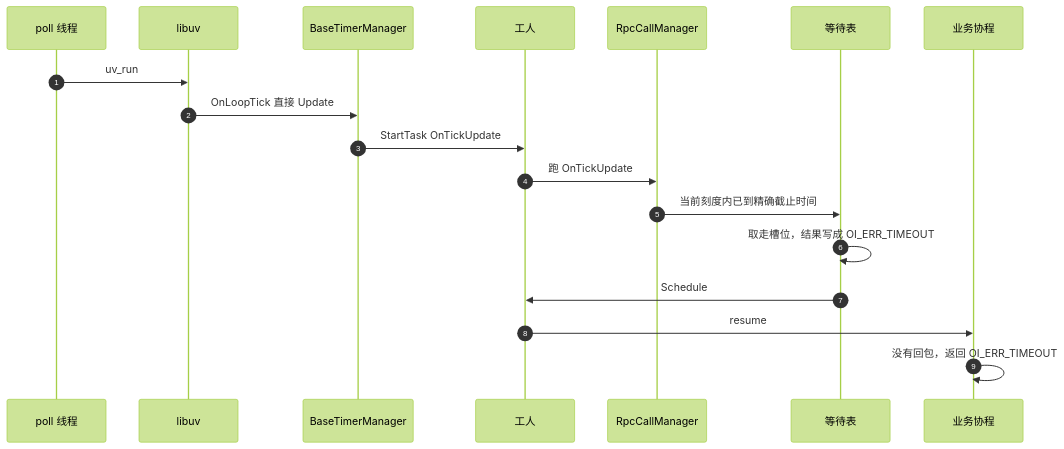
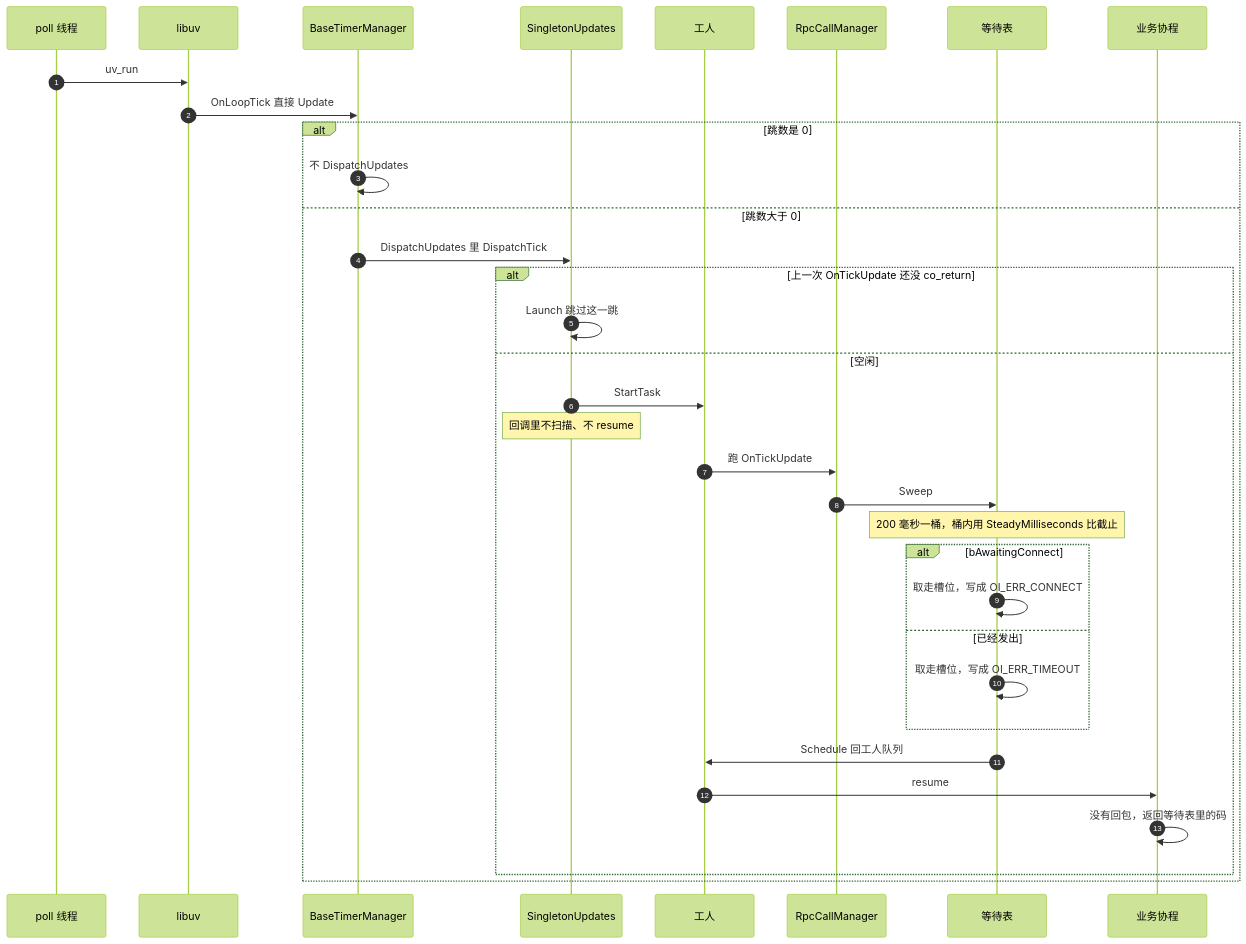
One commit to orikiaru/openidea changed the diagram in docs/sequence-diagram/multi-thread/timeout.md. Above: the diagram before and after it, drawn with Mermaid (forest theme). The commit also changed other lines of this file and 39 other files, not shown here.

Commit message:
非正 RPC 超时打错误日志后按 30 秒等待，避免调用一直挂着。时序图按当前收发和新增路径重写，并记下 11 月 22 日的全量结果。

````diff
--- a/docs/sequence-diagram/multi-thread/timeout.md
+++ b/docs/sequence-diagram/multi-thread/timeout.md
@@ -7,21 +9,37 @@
 ```mermaid
 sequenceDiagram
     autonumber
     participant Poll as poll 线程
     participant Uv as libuv
     participant Timer as BaseTimerManager
+    participant Up as SingletonUpdates
     participant Worker as 工人
     participant Mgr as RpcCallManager
     participant Wait as 等待表
     participant Biz as 业务协程
 
     Poll->>Uv: uv_run
     Uv->>Timer: OnLoopTick 直接 Update
-    Timer->>Worker: StartTask OnTickUpdate
-    Worker->>Mgr: 跑 OnTickUpdate
-    Mgr->>Wait: 当前刻度内已到精确截止时间
-    Wait->>Wait: 取走槽位，结果写成 OI_ERR_TIMEOUT
-    Wait->>Worker: Schedule
-    Worker->>Biz: resume
-    Biz->>Biz: 没有回包，返回 OI_ERR_TIMEOUT
+    alt 跳数是 0
+        Timer->>Timer: 不 DispatchUpdates
+    else 跳数大于 0
+        Timer->>Up: DispatchUpdates 里 DispatchTick
+        alt 上一次 OnTickUpdate 还没 co_return
+            Up->>Up: Launch 跳过这一跳
+        else 空闲
+            Up->>Worker: StartTask
+            Note over Up: 回调里不扫描、不 resume
+            Worker->>Mgr: 跑 OnTickUpdate
+            Mgr->>Wait: Sweep
+            Note over Wait: 200 毫秒一桶，桶内用 SteadyMilliseconds 比截止
+            alt bAwaitingConnect
+                Wait->>Wait: 取走槽位，写成 OI_ERR_CONNECT
+            else 已经发出
+                Wait->>Wait: 取走槽位，写成 OI_ERR_TIMEOUT
+            end
+            Wait->>Worker: Schedule 回工人队列
+            Worker->>Biz: resume
+            Biz->>Biz: 没有回包，返回等待表里的码
+        end
+    end
 ```
````
